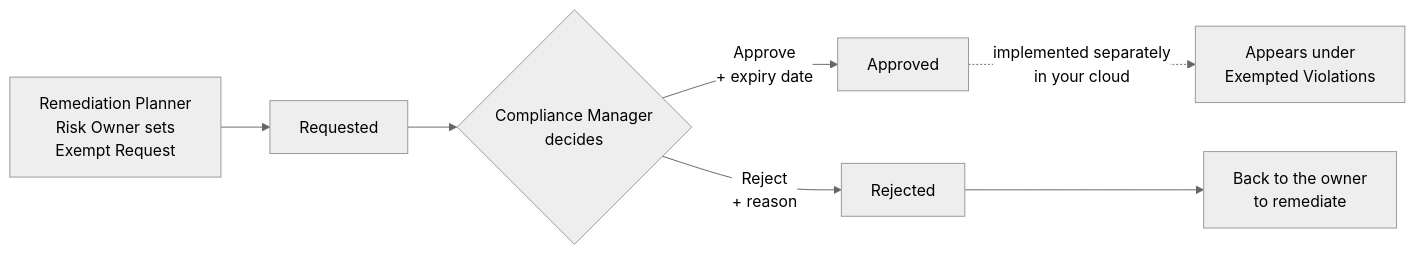
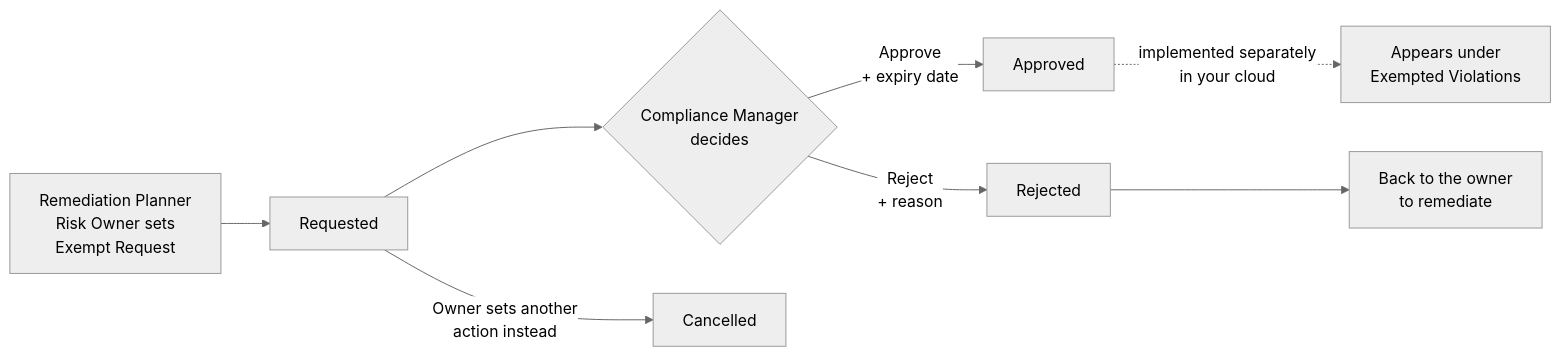
The diagram in pulse-ecosystem/cloud-compliance/exemptions.md (DevoteamCMS/PulseDocs), drawn with Mermaid (neutral theme) before and after one commit. The commit also changed other lines of this file and 1 other file, not shown here.

First line of the commit message:
Exemptions: a superseded request is cancelled, not left pending

````diff
--- a/pulse-ecosystem/cloud-compliance/exemptions.md
+++ b/pulse-ecosystem/cloud-compliance/exemptions.md
@@ -60,9 +60,10 @@
 ```mermaid
 flowchart LR
     RP["Remediation Planner<br/>Risk Owner sets<br/>Exempt Request"] --> REQ["Requested"]
     REQ --> MGR{"Compliance Manager<br/>decides"}
     MGR -- "Approve<br/>+ expiry date" --> APP["Approved"]
     MGR -- "Reject<br/>+ reason" --> REJ["Rejected"]
+    REQ -- "Owner sets another<br/>action instead" --> CAN["Cancelled"]
     REJ --> BACK["Back to the owner<br/>to remediate"]
     APP -.->|"implemented separately<br/>in your cloud"| CLOUD["Appears under<br/>Exempted Violations"]
 ```
````
